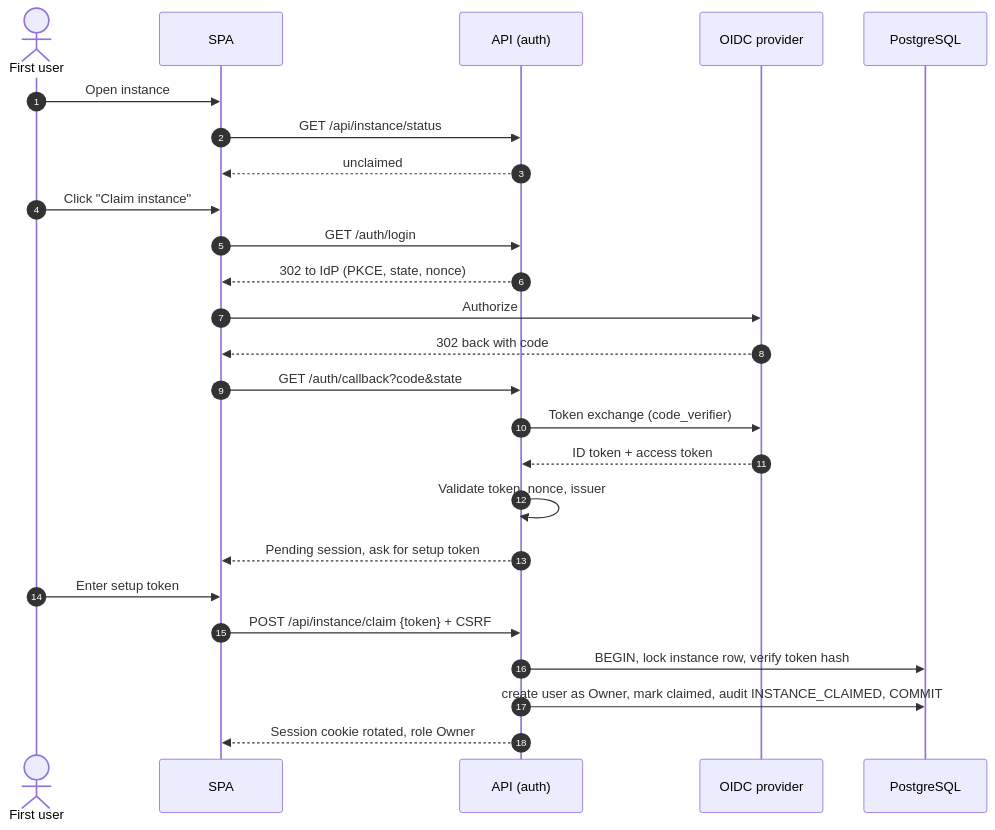
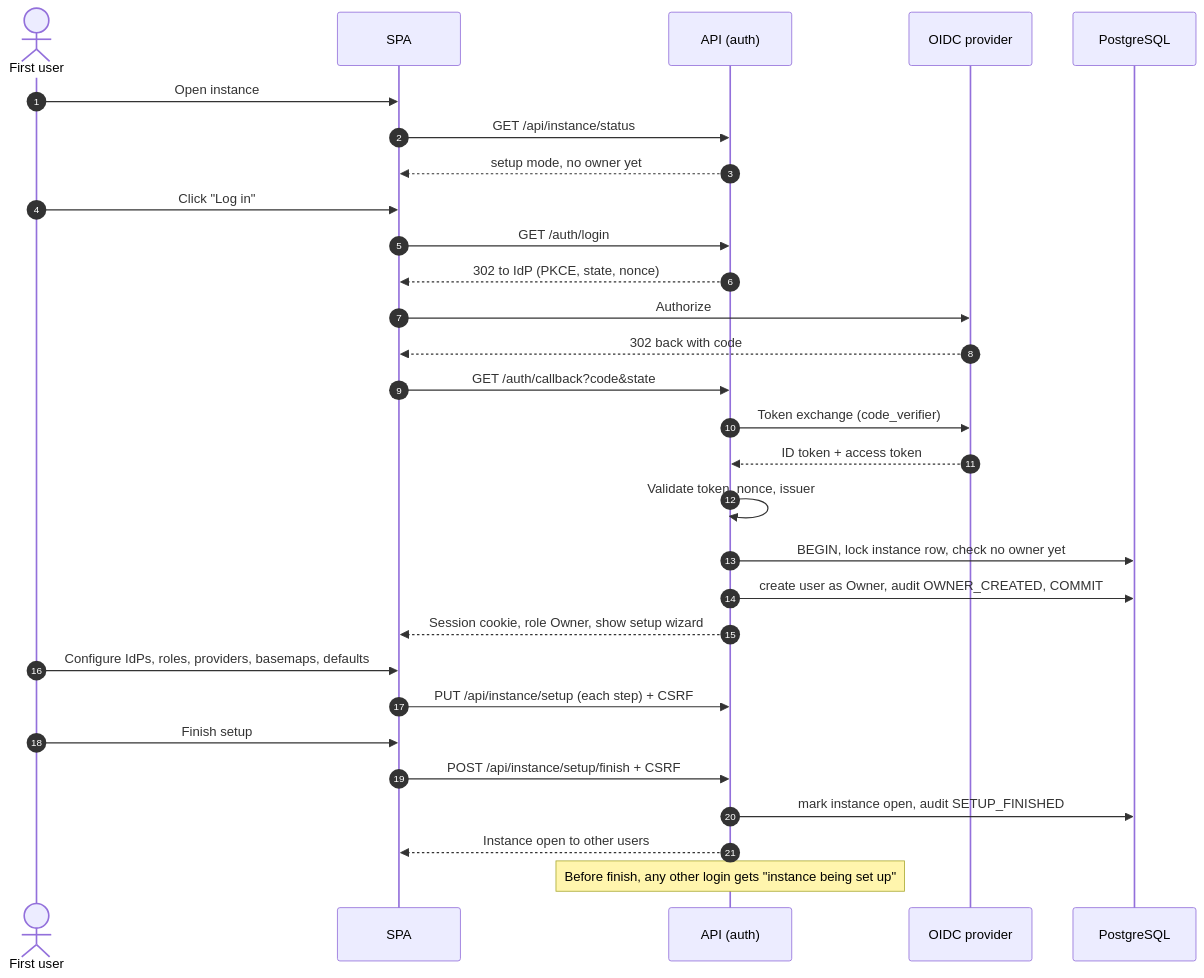
Diagram 12 of 30 in docs/architecture/11-diagrams.md (homlo-bike/MobSimLab), drawn with Mermaid before and after one commit. The commit also changed other lines of this file and 15 other files, not shown here.

First line of the commit message:
docs: apply product owner decisions to architecture plan

````diff
--- a/docs/architecture/11-diagrams.md
+++ b/docs/architecture/11-diagrams.md
@@ -858,27 +858,31 @@
 ```mermaid
 sequenceDiagram
   autonumber
   actor A as First user
   participant UI as SPA
   participant API as API (auth)
   participant IDP as OIDC provider
   participant DB as PostgreSQL
   A->>UI: Open instance
   UI->>API: GET /api/instance/status
-  API-->>UI: unclaimed
-  A->>UI: Click "Claim instance"
+  API-->>UI: setup mode, no owner yet
+  A->>UI: Click "Log in"
   UI->>API: GET /auth/login
   API-->>UI: 302 to IdP (PKCE, state, nonce)
   UI->>IDP: Authorize
   IDP-->>UI: 302 back with code
   UI->>API: GET /auth/callback?code&state
   API->>IDP: Token exchange (code_verifier)
   IDP-->>API: ID token + access token
   API->>API: Validate token, nonce, issuer
-  API-->>UI: Pending session, ask for setup token
-  A->>UI: Enter setup token
-  UI->>API: POST /api/instance/claim {token} + CSRF
-  API->>DB: BEGIN, lock instance row, verify token hash
-  API->>DB: create user as Owner, mark claimed, audit INSTANCE_CLAIMED, COMMIT
-  API-->>UI: Session cookie rotated, role Owner
+  API->>DB: BEGIN, lock instance row, check no owner yet
+  API->>DB: create user as Owner, audit OWNER_CREATED, COMMIT
+  API-->>UI: Session cookie, role Owner, show setup wizard
+  A->>UI: Configure IdPs, roles, providers, basemaps, defaults
+  UI->>API: PUT /api/instance/setup (each step) + CSRF
+  A->>UI: Finish setup
+  UI->>API: POST /api/instance/setup/finish + CSRF
+  API->>DB: mark instance open, audit SETUP_FINISHED
+  API-->>UI: Instance open to other users
+  Note over API: Before finish, any other login gets "instance being set up"
 ```
````
